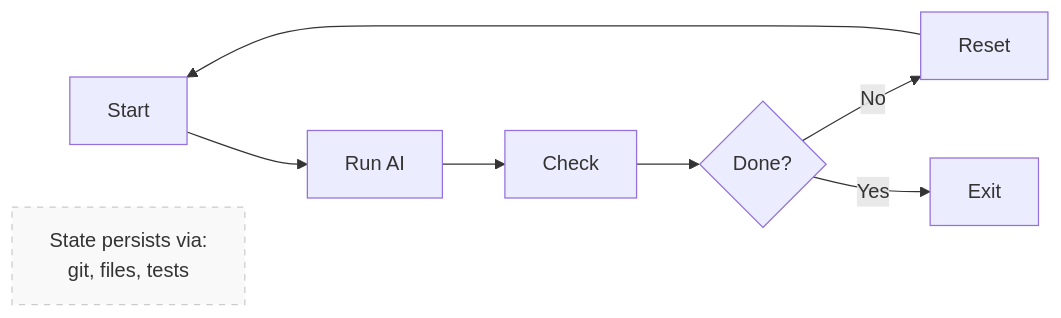
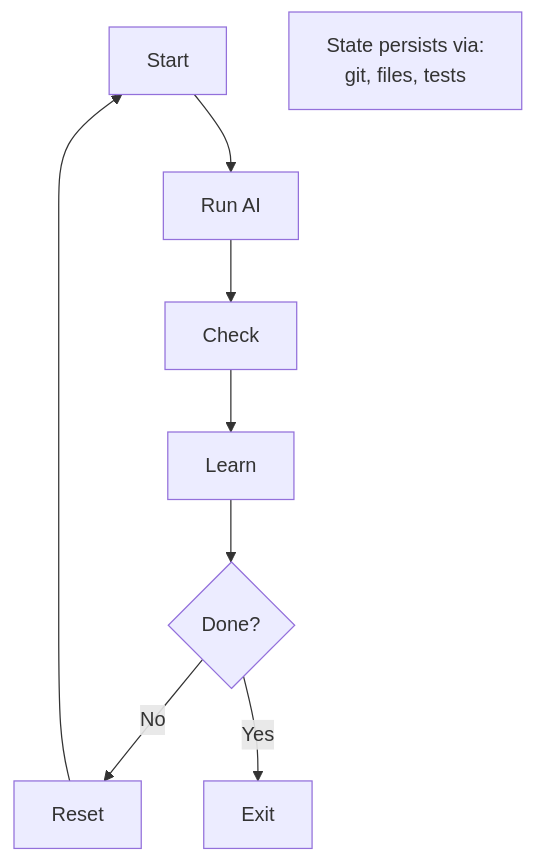
One commit to wiggumdev/ralph changed the diagram in README.md. Above: the diagram before and after it, drawn with Mermaid.

Commit message:
update diagram

````diff
--- a/README.md
+++ b/README.md
@@ -86,13 +86,12 @@
 ```mermaid
-graph LR
-    Start --> RunAI[Run AI]
-    RunAI --> Check
-    Check --> Done{Done?}
-    Done -->|No| Reset
-    Reset --> Start
-    Done -->|Yes| Exit
+flowchart TD
+    Start --> RunAI[Run AI];
+    RunAI --> Check;
+    Check --> Learn;
+    Learn --> Done{Done?};
+    Done -->|No| Reset;
+    Reset --> Start;
+    Done -->|Yes| Exit;
 
     Note[State persists via:<br/>git, files, tests]
-
-    style Note fill:#f9f9f9,stroke:#ccc,stroke-dasharray: 5 5
 ```
````
